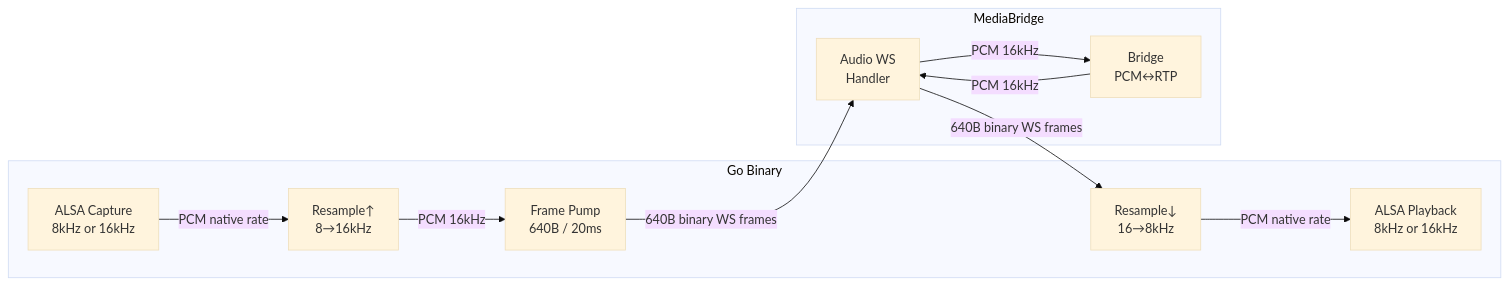
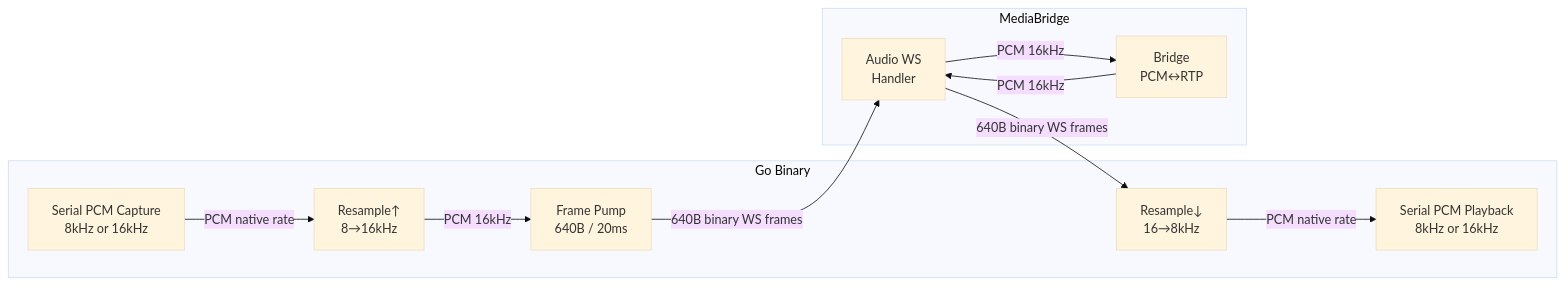
Before and after one commit to packetmoose/svarla: the fifth of 6 diagrams in .kiro/specs/modem-gateway/design.md, drawn with Mermaid (base theme). The commit also changed other lines of this file and 1 other file, not shown here.

First line of the commit message:
spec: switch audio backend from ALSA/UAC to PCM-over-serial (SIM7600G-H)

````diff
--- a/.kiro/specs/modem-gateway/design.md
+++ b/.kiro/specs/modem-gateway/design.md
@@ -517,24 +520,24 @@
 ```mermaid
 graph LR
     subgraph "Go Binary"
-        ALSA_CAP[ALSA Capture<br/>8kHz or 16kHz]
+        SER_CAP[Serial PCM Capture<br/>8kHz or 16kHz]
         RS_UP[Resample↑<br/>8→16kHz]
         FRAME[Frame Pump<br/>640B / 20ms]
         RS_DOWN[Resample↓<br/>16→8kHz]
-        ALSA_PLAY[ALSA Playback<br/>8kHz or 16kHz]
+        SER_PLAY[Serial PCM Playback<br/>8kHz or 16kHz]
     end
 
     subgraph "MediaBridge"
         AUDIOWS[Audio WS<br/>Handler]
         BRIDGE[Bridge<br/>PCM↔RTP]
     end
 
-    ALSA_CAP -->|"PCM native rate"| RS_UP
+    SER_CAP -->|"PCM native rate"| RS_UP
     RS_UP -->|"PCM 16kHz"| FRAME
     FRAME -->|"640B binary WS frames"| AUDIOWS
     AUDIOWS -->|"PCM 16kHz"| BRIDGE
 
     BRIDGE -->|"PCM 16kHz"| AUDIOWS
     AUDIOWS -->|"640B binary WS frames"| RS_DOWN
-    RS_DOWN -->|"PCM native rate"| ALSA_PLAY
+    RS_DOWN -->|"PCM native rate"| SER_PLAY
 ```
````
